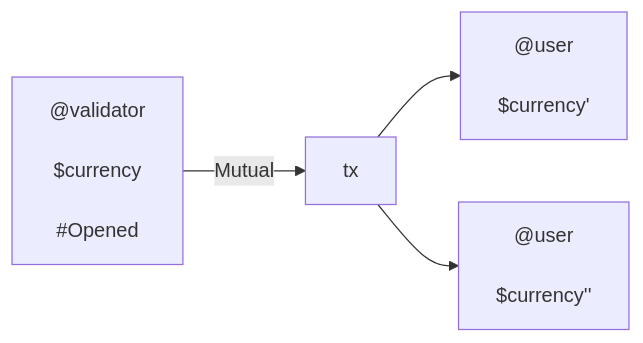
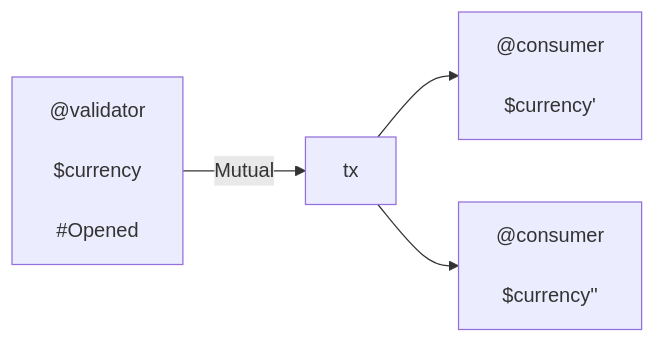
One commit to cardano-lightning/konduit changed diagram 12 of 12 in docs/design/requirements/31_kernel.md. Above: the diagram before and after it, drawn with Mermaid. The commit also changed other lines of this file and 4 other files, not shown here.

Commit message:
rename roles to consumer and adaptor

````diff
--- a/docs/design/requirements/31_kernel.md
+++ b/docs/design/requirements/31_kernel.md
@@ -991,23 +993,23 @@
 ```mermaid
 flowchart LR
     i_channel["
       @validator \n
       $currency \n
       #Opened
     "]
 
     m["tx"]
 
-    o_user["
-      @user \n
+    o_consumer["
+      @consumer \n
       $currency' \n
     "]
 
-    o_operator["
-      @user \n
+    o_adaptor["
+      @consumer \n
       $currency'' \n
     "]
 
     i_channel -->|Mutual| m
-    m --> o_user & o_operator
+    m --> o_consumer & o_adaptor
 ```
````
